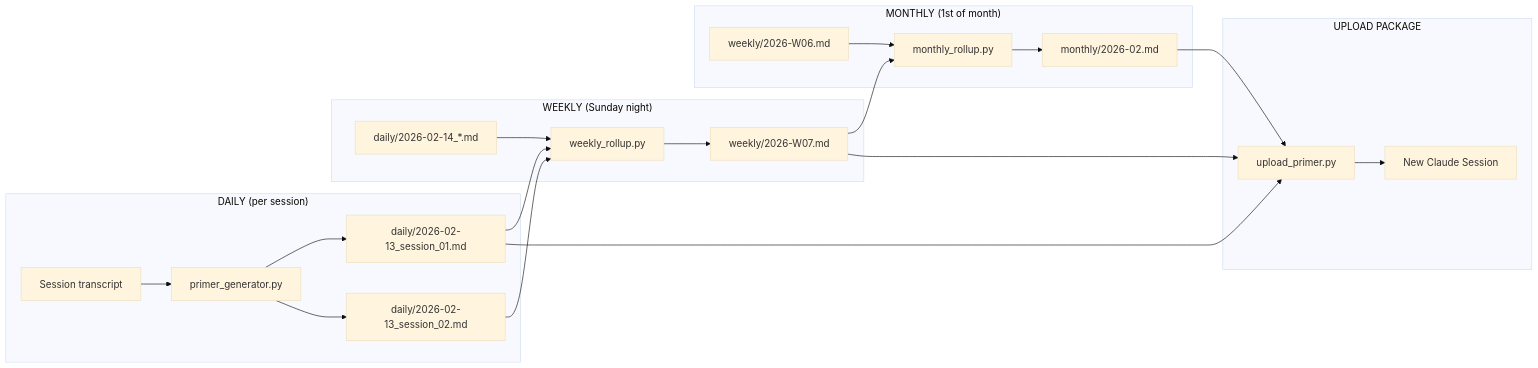
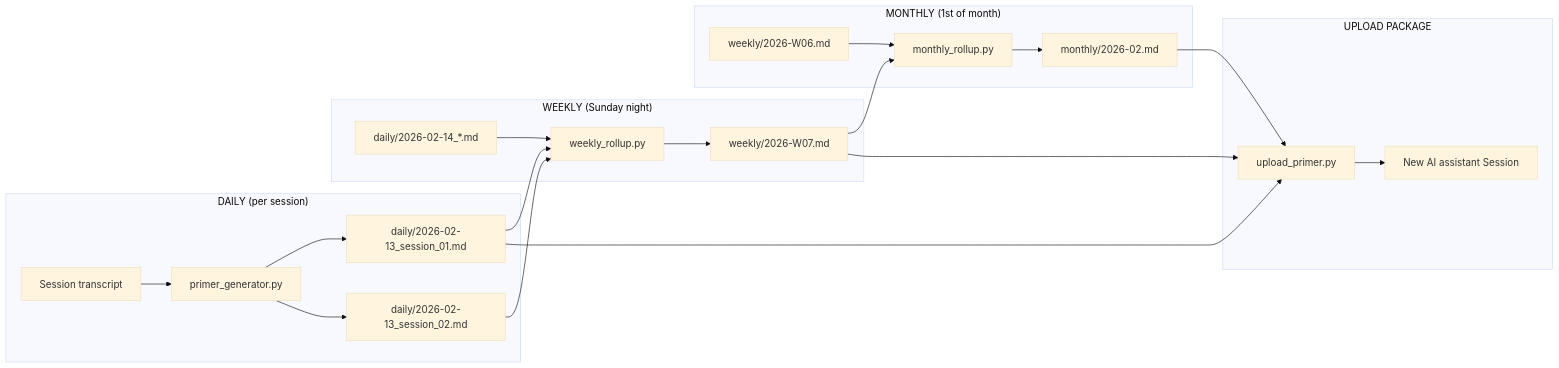
One commit to jeremysmission/HybridRAG3_Educational changed the diagram in docs/TIERED_MEMORY_DESIGN.md. Above: the diagram before and after it, drawn with Mermaid (base theme). The commit also changed other lines of this file and 15 other files, not shown here.

````diff
--- a/docs/TIERED_MEMORY_DESIGN.md
+++ b/docs/TIERED_MEMORY_DESIGN.md
@@ -40,28 +40,28 @@
 ```mermaid
 graph LR
     subgraph Daily ["DAILY (per session)"]
         S1[Session transcript] --> PG[primer_generator.py]
         PG --> D1[daily/2026-02-13_session_01.md]
         PG --> D2[daily/2026-02-13_session_02.md]
     end
 
     subgraph Weekly ["WEEKLY (Sunday night)"]
         D1 --> WR[weekly_rollup.py]
         D2 --> WR
         D3[daily/2026-02-14_*.md] --> WR
         WR --> W1[weekly/2026-W07.md]
     end
 
     subgraph Monthly ["MONTHLY (1st of month)"]
         W1 --> MR[monthly_rollup.py]
         W2[weekly/2026-W06.md] --> MR
         MR --> M1[monthly/2026-02.md]
     end
 
     subgraph Upload ["UPLOAD PACKAGE"]
         M1 --> UP[upload_primer.py]
         W1 --> UP
         D1 --> UP
-        UP --> CL[New Claude Session]
+        UP --> CL[New AI assistant Session]
     end
 ```
````
